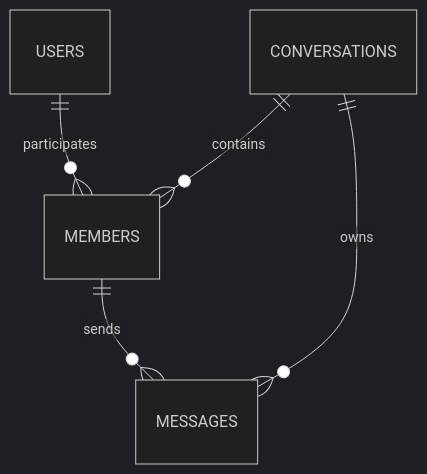
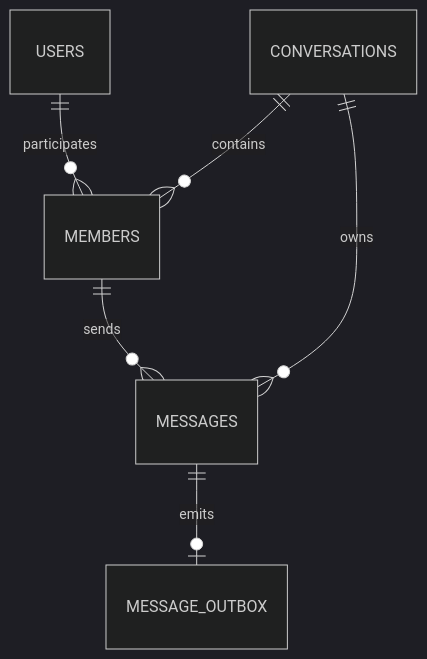
One commit to Dae-Jeong/LaughTale changed the second of 2 diagrams in services/chat/README.md. Above: the diagram before and after it, drawn with Mermaid (dark theme). The commit also changed other lines of this file and 311 other files, not shown here.

````diff
--- a/services/chat/README.md
+++ b/services/chat/README.md
@@ -58,7 +123,8 @@
 ```mermaid
 erDiagram
     USERS ||--o{ MEMBERS : participates
     CONVERSATIONS ||--o{ MEMBERS : contains
     CONVERSATIONS ||--o{ MESSAGES : owns
     MEMBERS ||--o{ MESSAGES : sends
+    MESSAGES ||--o| MESSAGE_OUTBOX : emits
 ```
````
